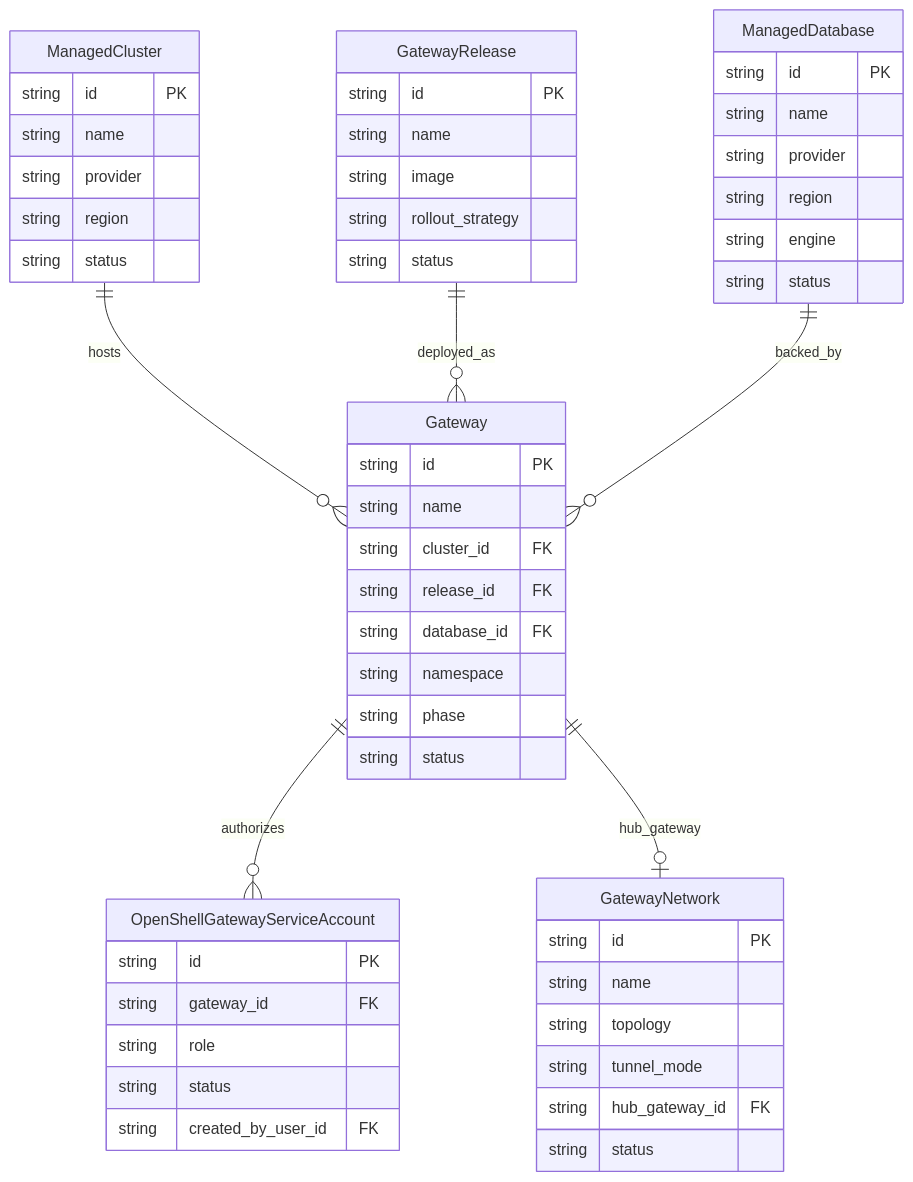
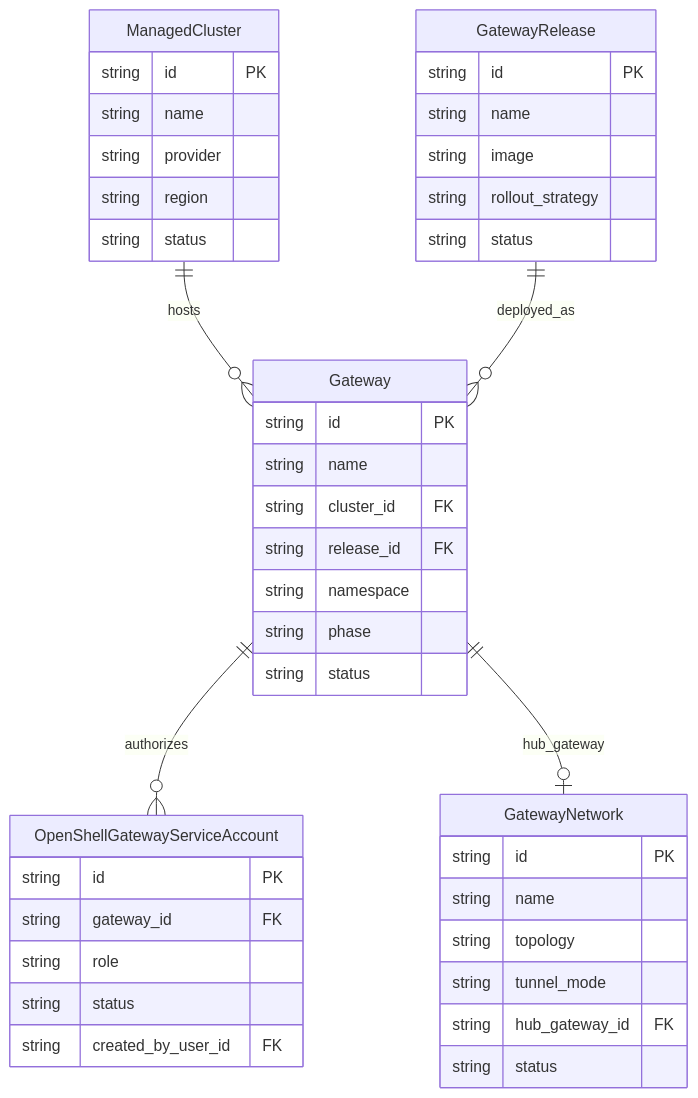
The diagram in docs/architecture/source/domain-model.md (jonmosco/hypershell), drawn with Mermaid before and after one commit. The commit also changed other lines of this file and 224 other files, not shown here.

````diff
--- a/docs/architecture/source/domain-model.md
+++ b/docs/architecture/source/domain-model.md
@@ -9,55 +9,45 @@
 ```mermaid
 erDiagram
   ManagedCluster ||--o{ Gateway : hosts
   GatewayRelease ||--o{ Gateway : deployed_as
-  ManagedDatabase ||--o{ Gateway : backed_by
   Gateway ||--o{ OpenShellGatewayServiceAccount : authorizes
   Gateway ||--o| GatewayNetwork : hub_gateway
   ManagedCluster {
     string id PK
     string name
     string provider
     string region
-    string status
-  }
-  ManagedDatabase {
-    string id PK
-    string name
-    string provider
-    string region
-    string engine
     string status
   }
   GatewayRelease {
     string id PK
     string name
     string image
     string rollout_strategy
     string status
   }
   Gateway {
     string id PK
     string name
     string cluster_id FK
     string release_id FK
-    string database_id FK
     string namespace
     string phase
     string status
   }
   OpenShellGatewayServiceAccount {
     string id PK
     string gateway_id FK
     string role
     string status
     string created_by_user_id FK
   }
   GatewayNetwork {
     string id PK
     string name
     string topology
     string tunnel_mode
     string hub_gateway_id FK
     string status
   }
 ```
````
